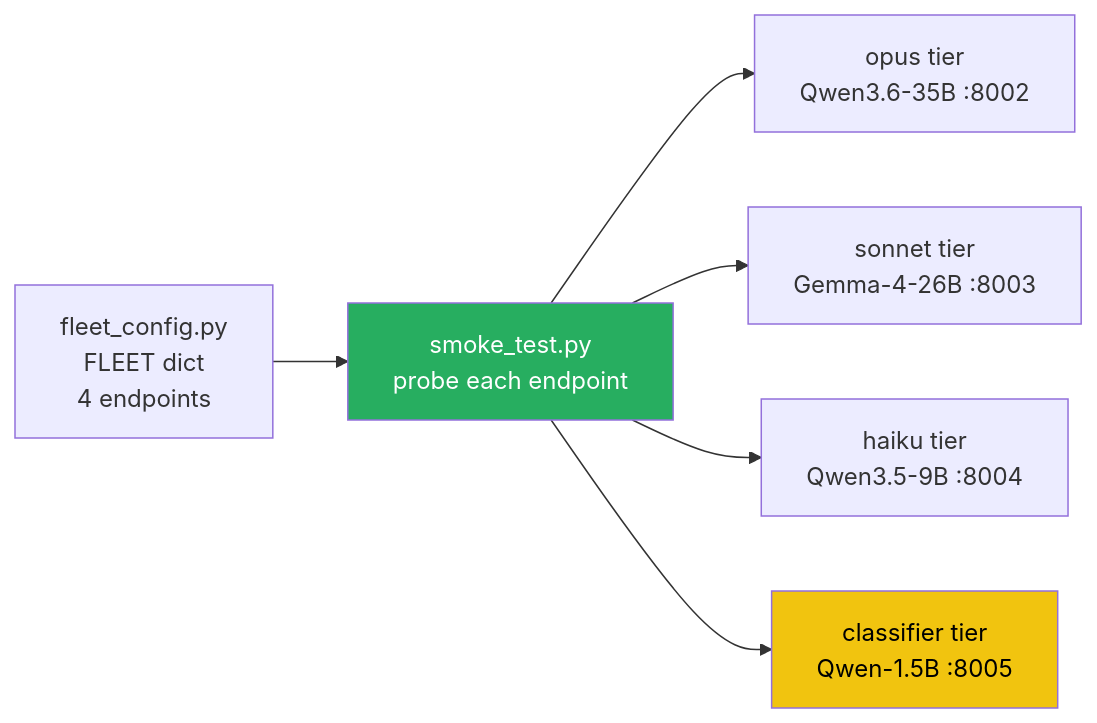
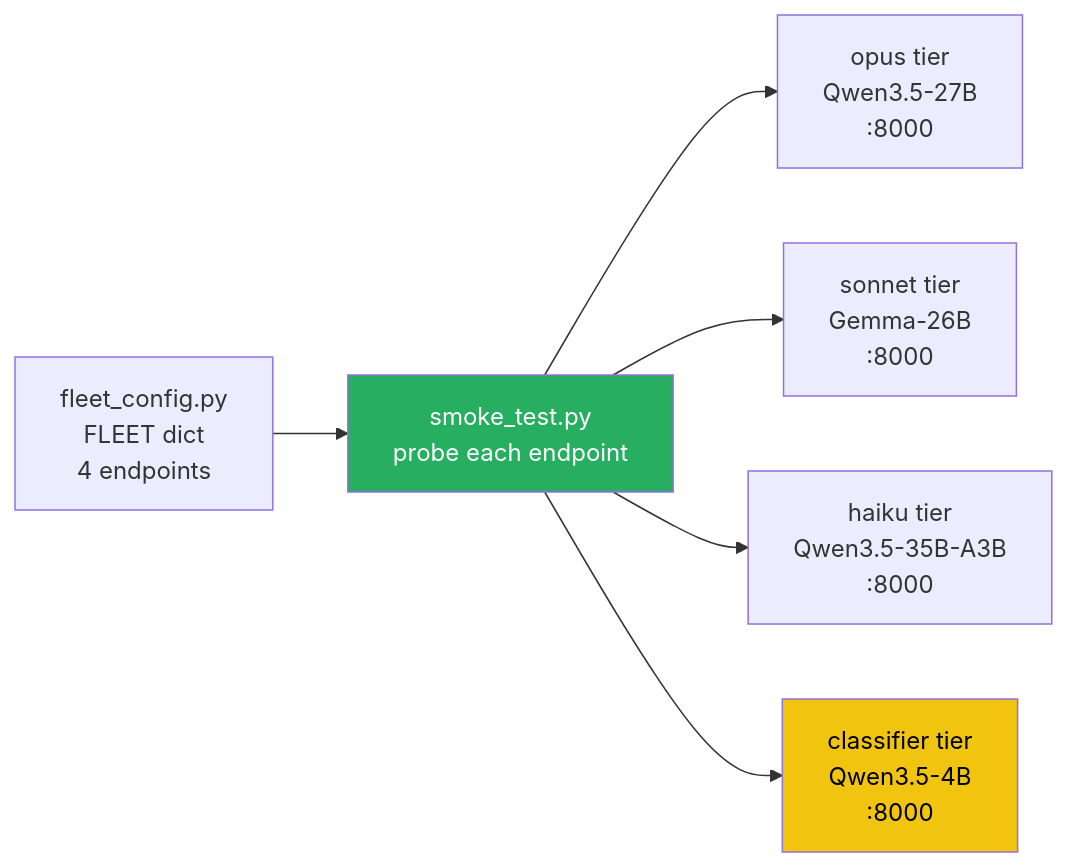
The second of 7 diagrams in Week 4.5 - Model Routing and Effort Tiering.md (shaneliuyx/agent-development-curriculum), drawn with Mermaid before and after one commit. The commit also changed other lines of this file, not shown here.

````diff
--- a/Week 4.5 - Model Routing and Effort Tiering.md
+++ b/Week 4.5 - Model Routing and Effort Tiering.md
@@ -131,18 +168,18 @@
 ```mermaid
 flowchart LR
     Conf["fleet_config.py<br/>FLEET dict<br/>4 endpoints"]
     Smoke["smoke_test.py<br/>probe each endpoint"]
-    OpusEP["opus tier<br/>Qwen3.6-35B :8002"]
-    SonnetEP["sonnet tier<br/>Gemma-4-26B :8003"]
-    HaikuEP["haiku tier<br/>Qwen3.5-9B :8004"]
-    ClsEP["classifier tier<br/>Qwen-1.5B :8005"]
+    OpusEP["opus tier<br/>Qwen3.5-27B<br/>:8000"]
+    SonnetEP["sonnet tier<br/>Gemma-26B<br/>:8000"]
+    HaikuEP["haiku tier<br/>Qwen3.5-35B-A3B<br/>:8000"]
+    ClsEP["classifier tier<br/>Qwen3.5-4B<br/>:8000"]
 
     Conf --> Smoke
     Smoke --> OpusEP
     Smoke --> SonnetEP
     Smoke --> HaikuEP
     Smoke --> ClsEP
 
     style ClsEP fill:#f1c40f,color:#000
     style Smoke fill:#27ae60,color:#fff
 ```
````
